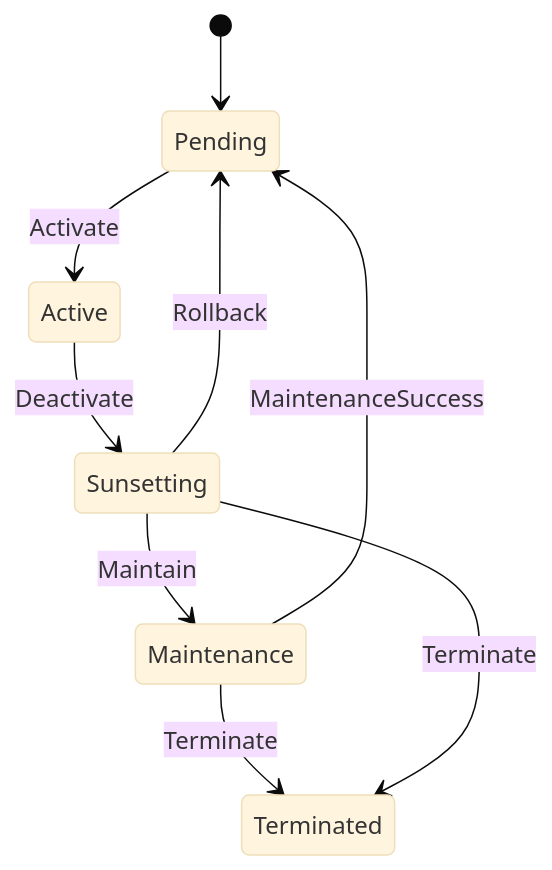
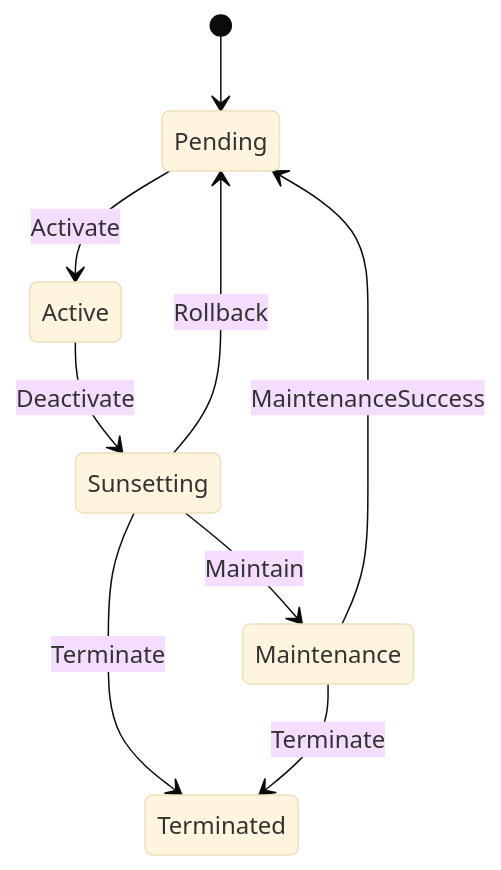
One commit to kookyleo/yasm changed the diagram in examples/docs/server_state_machine.mermaid. Above: the diagram before and after it, drawn with Mermaid (base theme). The commit also changed other lines of this file and 6 other files, not shown here.

```diff
--- a/examples/docs/server_state_machine.mermaid
+++ b/examples/docs/server_state_machine.mermaid
@@ -1,9 +1,9 @@
 stateDiagram-v2
     [*] --> Pending
+    Sunsetting --> Terminated : Terminate
+    Sunsetting --> Maintenance : Maintain
+    Sunsetting --> Pending : Rollback
     Maintenance --> Terminated : Terminate
     Maintenance --> Pending : MaintenanceSuccess
-    Sunsetting --> Maintenance : Maintain
     Active --> Sunsetting : Deactivate
-    Sunsetting --> Terminated : Terminate
-    Sunsetting --> Pending : Rollback
     Pending --> Active : Activate
```
